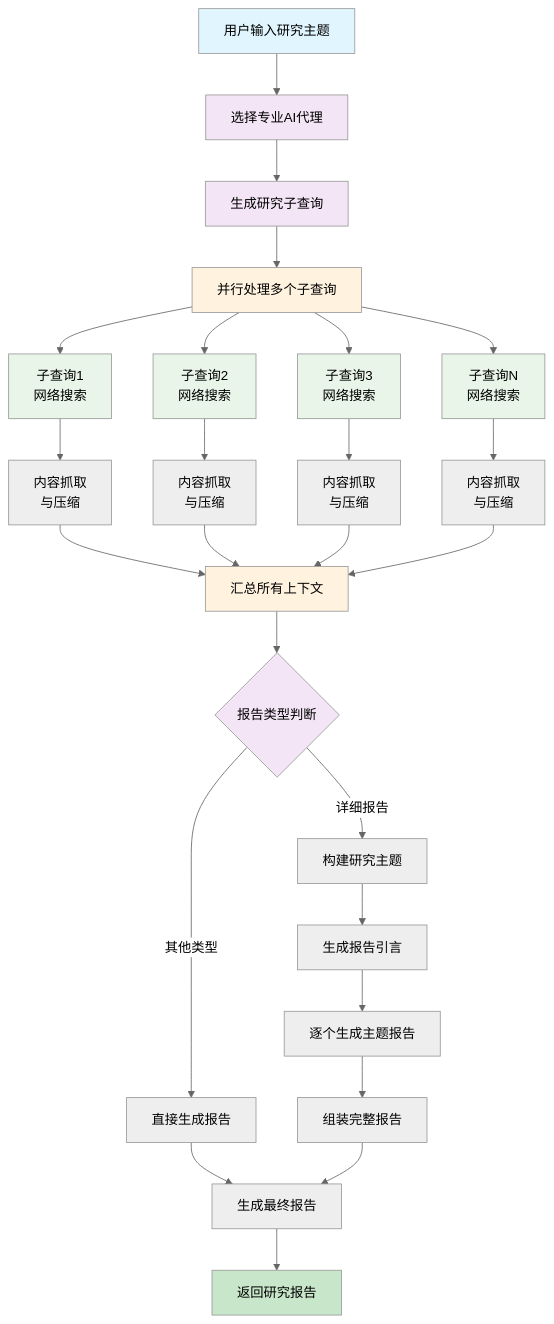
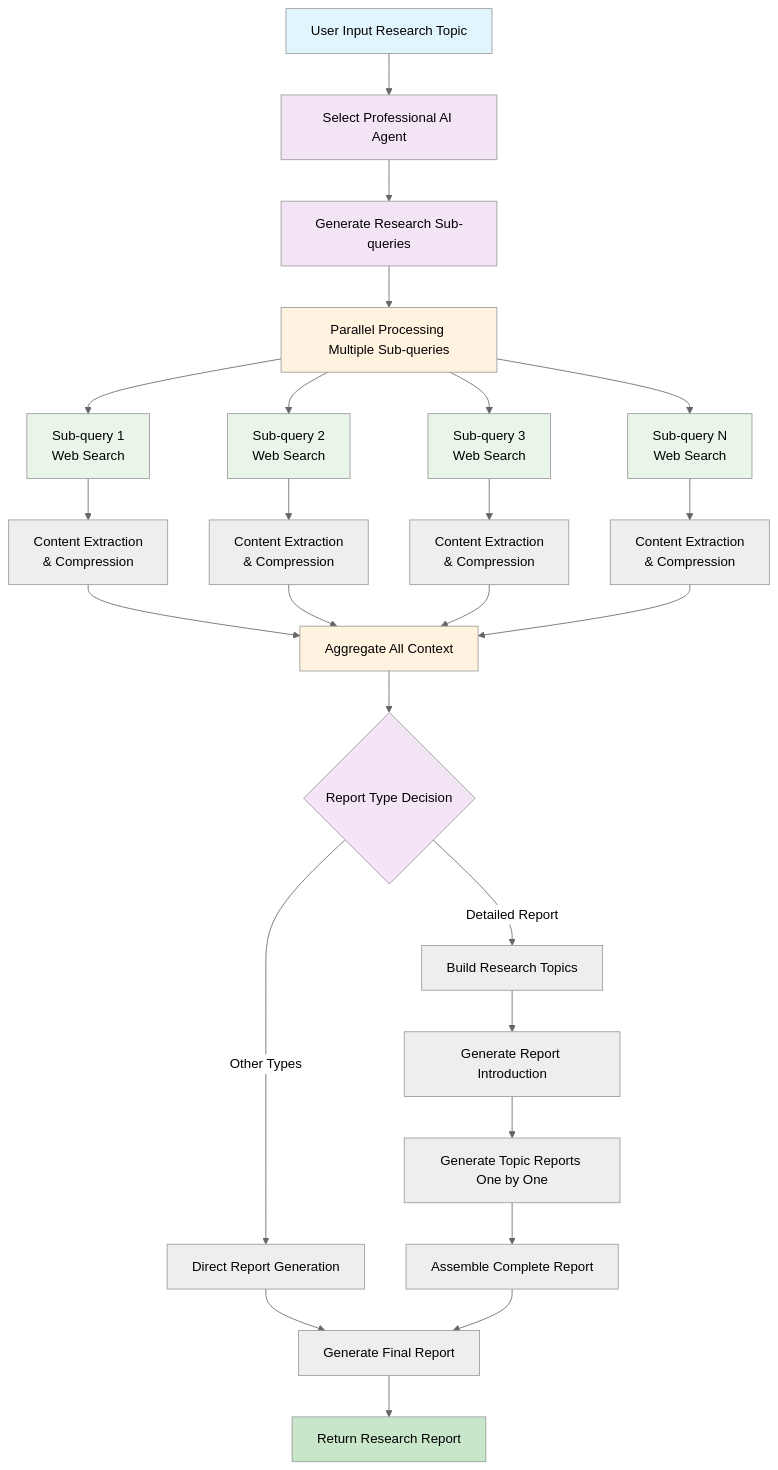
Before and after one commit to i-richardwang/LiteResearch: the diagram in README.md, drawn with Mermaid (neutral theme). The commit also changed other lines of this file and 12 other files, not shown here.

````diff
--- a/README.md
+++ b/README.md
@@ -134,47 +136,47 @@
 ```mermaid
 graph TD
-    A[用户输入研究主题] --> B[选择专业AI代理]
-    B --> C[生成研究子查询]
-    C --> D[并行处理多个子查询]
+    A[User Input Research Topic] --> B[Select Professional AI Agent]
+    B --> C[Generate Research Sub-queries]
+    C --> D[Parallel Processing Multiple Sub-queries]
     
-    %% 子查询并行处理
-    D --> E1[子查询1<br/>网络搜索]
-    D --> E2[子查询2<br/>网络搜索]
-    D --> E3[子查询3<br/>网络搜索]
-    D --> EN[子查询N<br/>网络搜索]
+    %% Sub-query parallel processing
+    D --> E1[Sub-query 1<br/>Web Search]
+    D --> E2[Sub-query 2<br/>Web Search]
+    D --> E3[Sub-query 3<br/>Web Search]
+    D --> EN[Sub-query N<br/>Web Search]
     
-    E1 --> F1[内容抓取<br/>与压缩]
-    E2 --> F2[内容抓取<br/>与压缩]
-    E3 --> F3[内容抓取<br/>与压缩]
-    EN --> FN[内容抓取<br/>与压缩]
+    E1 --> F1[Content Extraction<br/>& Compression]
+    E2 --> F2[Content Extraction<br/>& Compression]
+    E3 --> F3[Content Extraction<br/>& Compression]
+    EN --> FN[Content Extraction<br/>& Compression]
     
-    F1 --> G[汇总所有上下文]
+    F1 --> G[Aggregate All Context]
     F2 --> G
     F3 --> G
     FN --> G
     
-    G --> H{报告类型判断}
-    H -->|详细报告| I[构建研究主题]
-    H -->|其他类型| J[直接生成报告]
+    G --> H{Report Type Decision}
+    H -->|Detailed Report| I[Build Research Topics]
+    H -->|Other Types| J[Direct Report Generation]
     
-    I --> K[生成报告引言]
-    K --> L[逐个生成主题报告]
-    L --> M[组装完整报告]
+    I --> K[Generate Report Introduction]
+    K --> L[Generate Topic Reports One by One]
+    L --> M[Assemble Complete Report]
     
-    J --> N[生成最终报告]
+    J --> N[Generate Final Report]
     M --> N
-    N --> O[返回研究报告]
+    N --> O[Return Research Report]
 
-    %% 样式定义
+    %% Style definitions
     style A fill:#e1f5fe
     style B fill:#f3e5f5
     style C fill:#f3e5f5
     style D fill:#fff3e0
     style E1 fill:#e8f5e8
     style E2 fill:#e8f5e8
     style E3 fill:#e8f5e8
     style EN fill:#e8f5e8
     style G fill:#fff3e0
     style H fill:#f3e5f5
     style O fill:#c8e6c9
 ```
````
